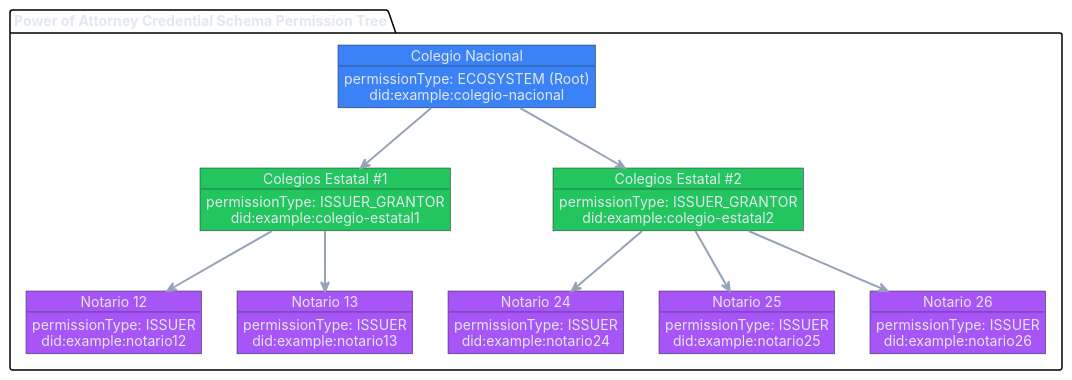
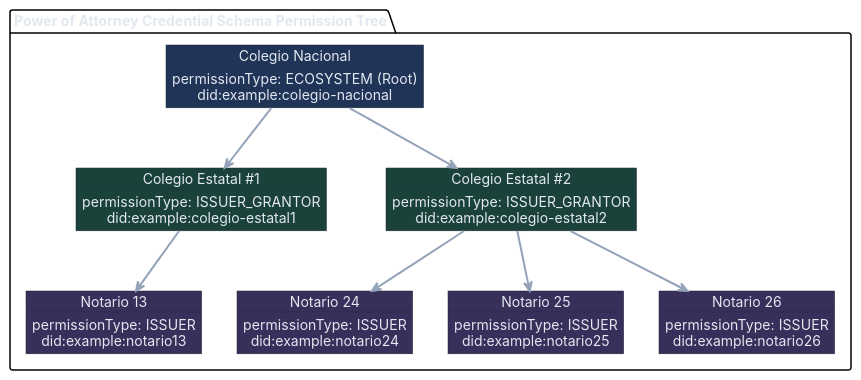
Before and after one commit to verana-labs/verana.io-website: the diagram in content/page/industry-use-cases/notaries.md, drawn with PlantUML. The commit also changed 2 other files, not shown here.

Commit message:
notaries

```diff
--- a/content/page/industry-use-cases/notaries.md
+++ b/content/page/industry-use-cases/notaries.md
@@ -87,52 +87,48 @@
       @startuml
       skinparam backgroundColor transparent
       skinparam DefaultTextAlignment center
       skinparam defaultFontName "Inter"
       skinparam defaultFontColor #E2E8F0
       skinparam ArrowColor #94A3B8
       skinparam ArrowThickness 2
       skinparam ObjectBorderColor #1F2937
       skinparam ObjectFontColor #E2E8F0
       skinparam ObjectFontName "Inter"
       package "Power of Attorney Credential Schema Permission Tree" as cs {
-          object "Colegio Nacional" as tr #3B82F6 {
+          object "Colegio Nacional" as tr #1F3457 {
               permissionType: ECOSYSTEM (Root)
               did:example:colegio-nacional
           }
-          object "Colegios Estatal #1" as ig1 #22C55E {
+          object "Colegio Estatal #1" as ig1 #1B423A {
               permissionType: ISSUER_GRANTOR
               did:example:colegio-estatal1
           }
-          object "Colegios Estatal #2" as ig2 #22C55E {
+          object "Colegio Estatal #2" as ig2 #1B423A {
               permissionType: ISSUER_GRANTOR
               did:example:colegio-estatal2
           }
-          object "Notario 12" as issuer12 #A855F7 {
-              permissionType: ISSUER
-              did:example:notario12
-          }
-          object "Notario 13" as issuer13 #A855F7 {
+          
+          object "Notario 13" as issuer13 #382F5B {
               permissionType: ISSUER
               did:example:notario13
           }
-          object "Notario 24" as issuer24 #A855F7 {
+          object "Notario 24" as issuer24 #382F5B {
               permissionType: ISSUER
               did:example:notario24
           }
-          object "Notario 25" as issuer25 #A855F7 {
+          object "Notario 25" as issuer25 #382F5B {
               permissionType: ISSUER
               did:example:notario25
           }
-          object "Notario 26" as issuer26 #A855F7 {
+          object "Notario 26" as issuer26 #382F5B {
               permissionType: ISSUER
               did:example:notario26
           }
       }
       tr --> ig1
       tr --> ig2
-      ig1 --> issuer12
       ig1 --> issuer13
       ig2 --> issuer24
       ig2 --> issuer25
       ig2 --> issuer26
       @enduml
```
